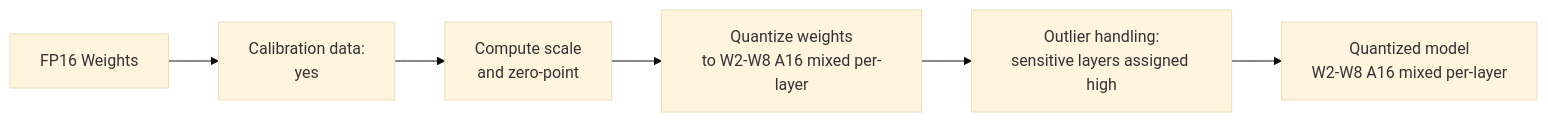
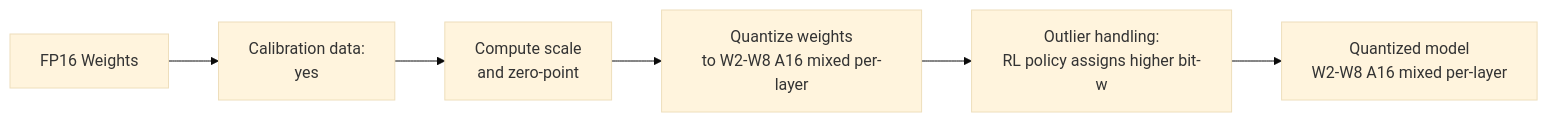
Before and after one commit to arpitsinghgautam/llm-quantization-gallery: the diagram in assets/mermaid/ramp.mmd, drawn with Mermaid (base theme). The commit also changed 6 other files, not shown here.

```diff
--- a/assets/mermaid/ramp.mmd
+++ b/assets/mermaid/ramp.mmd
@@ -1,6 +1,6 @@
 flowchart LR
     A[FP16 Weights] --> B[Calibration data:\nyes]
     B --> C[Compute scale\nand zero-point]
     C --> D[Quantize weights\nto W2-W8 A16 mixed per-layer]
-    D --> E[Outlier handling:\nsensitive layers assigned high]
+    D --> E[Outlier handling:\nRL policy assigns higher bit-w]
     E --> F[Quantized model\nW2-W8 A16 mixed per-layer]
```
